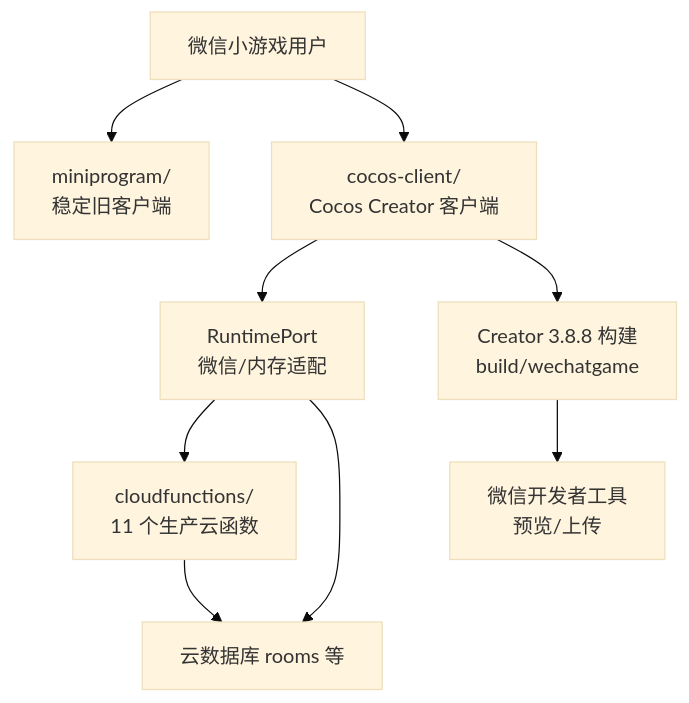
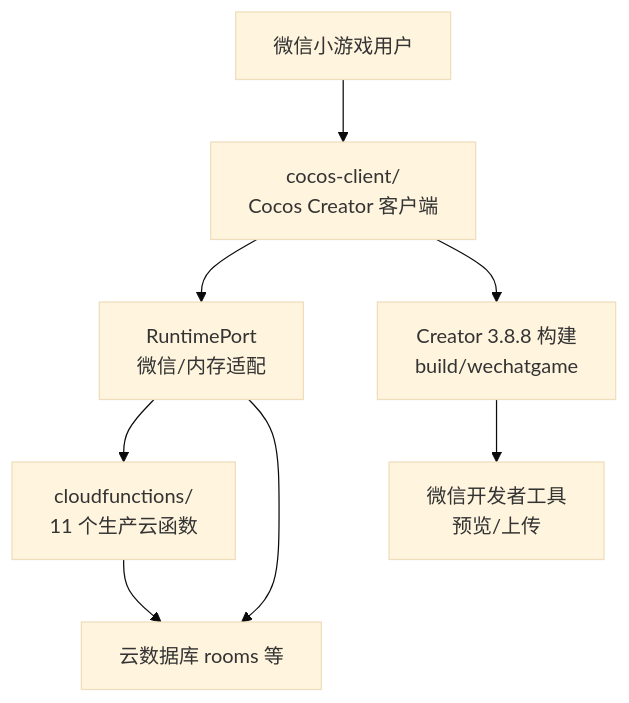
Before and after one commit to simpledcc/wxGame: the first of 5 diagrams in COCOS_ARCHITECTURE_REVIEW.md, drawn with Mermaid (base theme). The commit also changed other lines of this file and 68 other files, not shown here.

Commit message:
refactor(cocos): complete single-client architecture dev_done

````diff
--- a/COCOS_ARCHITECTURE_REVIEW.md
+++ b/COCOS_ARCHITECTURE_REVIEW.md
@@ -38,20 +37,18 @@
 ```mermaid
 flowchart TB
     User["微信小游戏用户"]
-    Legacy["miniprogram/<br/>稳定旧客户端"]
     Cocos["cocos-client/<br/>Cocos Creator 客户端"]
     Runtime["RuntimePort<br/>微信/内存适配"]
     Cloud["cloudfunctions/<br/>11 个生产云函数"]
     DB["云数据库 rooms 等"]
     Build["Creator 3.8.8 构建<br/>build/wechatgame"]
     DevTools["微信开发者工具<br/>预览/上传"]
 
-    User --> Legacy
     User --> Cocos
     Cocos --> Runtime
     Runtime --> Cloud
     Runtime --> DB
     Cocos --> Build
     Build --> DevTools
     Cloud --> DB
 ```
````
